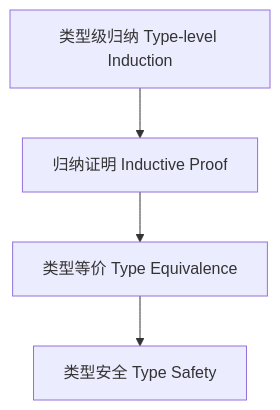
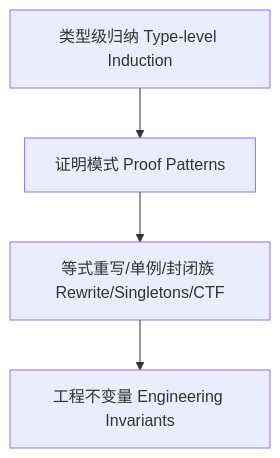
One commit to AdaMartin18010/haskell changed the diagram in docs/analysis/Type-Level/01-Inductive-Proof.md. Above: the diagram before and after it, drawn with Mermaid. The commit also changed other lines of this file and 27 other files, not shown here.

````diff
--- a/docs/analysis/Type-Level/01-Inductive-Proof.md
+++ b/docs/analysis/Type-Level/01-Inductive-Proof.md
@@ -52,6 +68,6 @@
 ```mermaid
 graph TD
-  A["类型级归纳 Type-level Induction"] --> B["归纳证明 Inductive Proof"]
-  B --> C["类型等价 Type Equivalence"]
-  C --> D["类型安全 Type Safety"]
+  A[类型级归纳 Type-level Induction] --> B[证明模式 Proof Patterns]
+  B --> C[等式重写/单例/封闭族 Rewrite/Singletons/CTF]
+  C --> D[工程不变量 Engineering Invariants]
 ```
````
